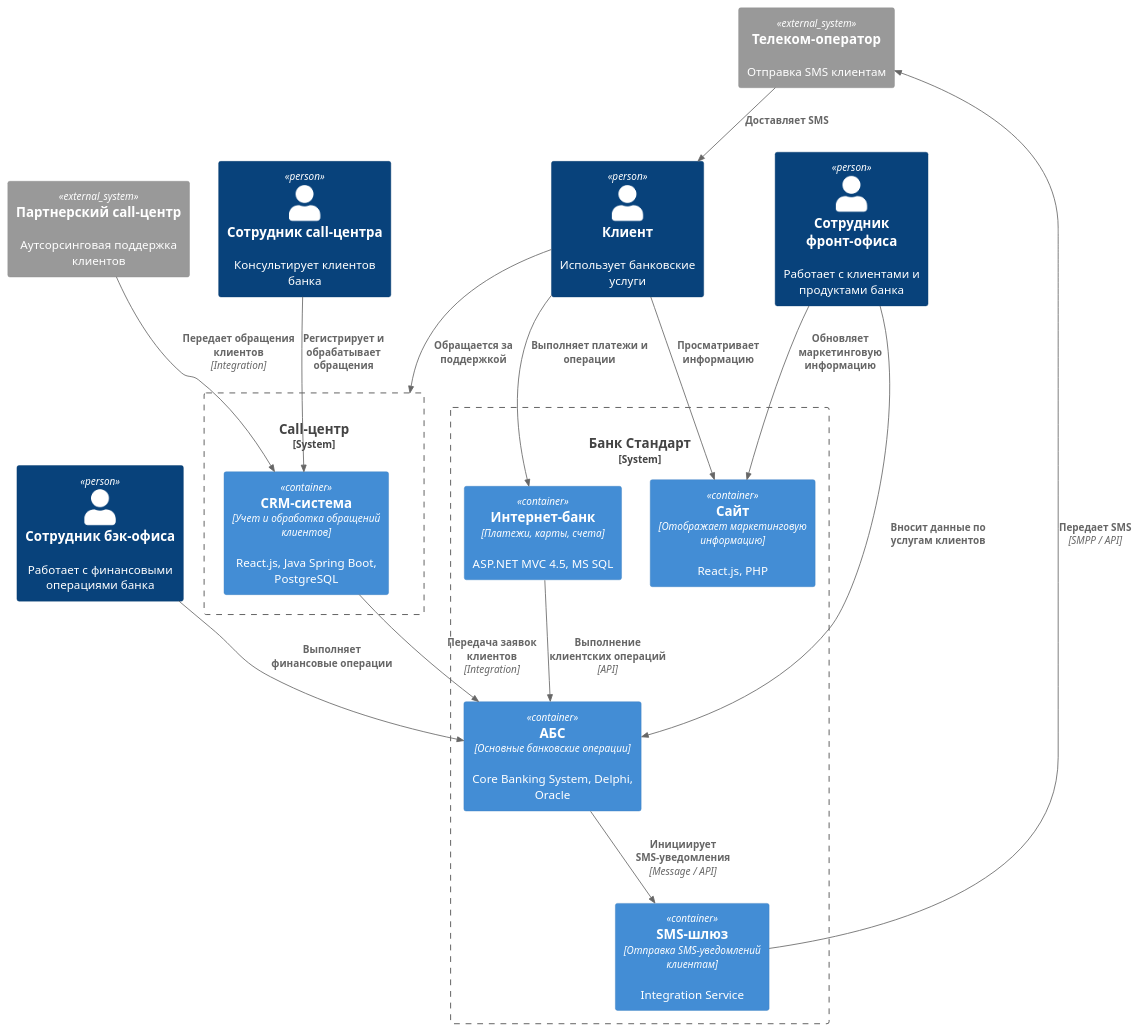
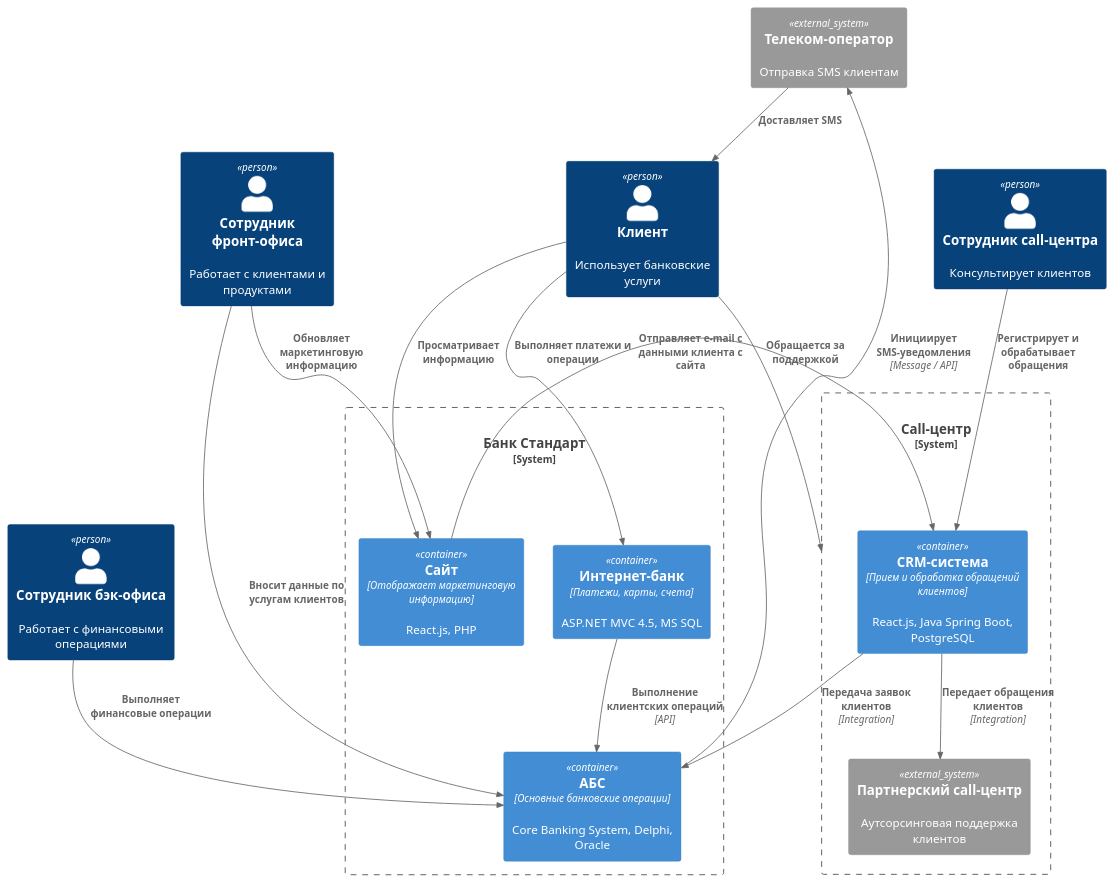
The diagram in Task3/c4_container.puml (mayflowwer/architecture-standart), drawn with PlantUML before and after one commit. The commit also changed 9 other files, not shown here.

```diff
--- a/Task3/c4_container.puml
+++ b/Task3/c4_container.puml
@@ -1,41 +1,42 @@
 @startuml
 !include <C4/C4_Container.puml>
 
 Person(client, "Клиент", "Использует банковские услуги")
-Person(front_office_specialist, "Сотрудник фронт-офиса", "Работает с клиентами и продуктами банка")
-Person(back_office_specialist, "Сотрудник бэк-офиса", "Работает с финансовыми операциями банка")
-Person(call_center_specialist, "Сотрудник call-центра", "Консультирует клиентов банка")
+Person(front_office_specialist, "Сотрудник фронт-офиса", "Работает с клиентами и продуктами")
+Person(back_office_specialist, "Сотрудник бэк-офиса", "Работает с финансовыми операциями")
+Person(call_center_specialist, "Сотрудник call-центра", "Консультирует клиентов")
 
 System_Boundary(bank, "Банк Стандарт", "Банковская ИТ-система") {
     Container(site, "Сайт", "Отображает маркетинговую информацию", "React.js, PHP")
     Container(internet_bank, "Интернет-банк", "Платежи, карты, счета", "ASP.NET MVC 4.5, MS SQL")
     Container(abs, "АБС", "Основные банковские операции", "Core Banking System, Delphi, Oracle")
-    Container(telecom_gate, "SMS-шлюз", "Отправка SMS-уведомлений клиентам", "Integration Service")
+    ' Container(telecom_gate, "SMS-шлюз", "Отправка SMS-уведомлений клиентам", "Integration Service")
 }
 
 System_Boundary(call_center_system, "Call-центр", "Система клиентской поддержки") {
-    Container(crm, "CRM-система", "Учет и обработка обращений клиентов", "React.js, Java Spring Boot, PostgreSQL")
+    Container(crm, "CRM-система", "Прием и обработка обращений клиентов", "React.js, Java Spring Boot, PostgreSQL")
+    System_Ext(partner_call_center, "Партнерский call-центр", "Аутсорсинговая поддержка клиентов")    
 }
 
-System_Ext(partner_call_center, "Партнерский call-центр", "Аутсорсинговая поддержка клиентов")
 System_Ext(telecom_operator, "Телеком-оператор", "Отправка SMS клиентам")
 
 Rel(client, site, "Просматривает информацию")
 Rel(client, internet_bank, "Выполняет платежи и операции")
 Rel(client, call_center_system, "Обращается за поддержкой")
 
 Rel(call_center_specialist, crm, "Регистрирует и обрабатывает обращения")
 Rel(front_office_specialist, site, "Обновляет маркетинговую информацию")
 Rel(front_office_specialist, abs, "Вносит данные по услугам клиентов")
 Rel(back_office_specialist, abs, "Выполняет финансовые операции")
 
 Rel(internet_bank, abs, "Выполнение клиентских операций", "API")
 Rel(crm, abs, "Передача заявок клиентов", "Integration")
 
-Rel(abs, telecom_gate, "Инициирует SMS-уведомления", "Message / API")
-Rel(telecom_gate, telecom_operator, "Передает SMS", "SMPP / API")
+Rel(abs, telecom_operator, "Инициирует SMS-уведомления", "Message / API")
 Rel(telecom_operator, client, "Доставляет SMS")
 
-Rel(partner_call_center, crm, "Передает обращения клиентов", "Integration")
+Rel(crm, partner_call_center, "Передает обращения клиентов", "Integration")
+
+Rel(site, crm, "Отправляет e-mail с данными клиента с сайта")
 
 @enduml
```
